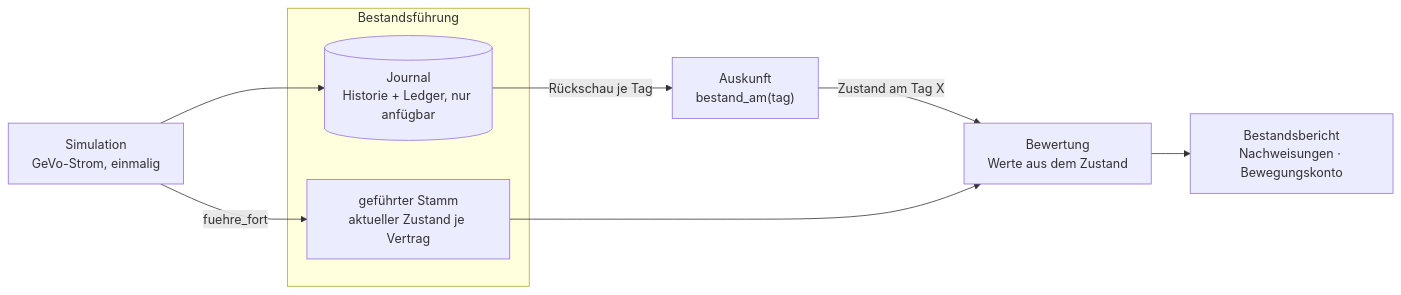
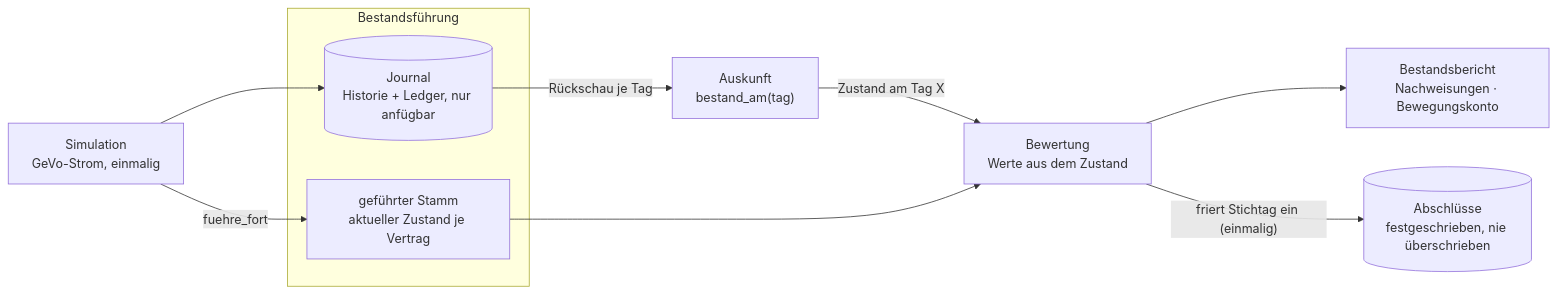
The second of 2 diagrams in README.md (bartlmac/rechner-pipeline), drawn with Mermaid before and after one commit. The commit also changed other lines of this file and 9 other files, not shown here.

````diff
--- a/README.md
+++ b/README.md
@@ -254,24 +258,26 @@
 ```mermaid
 flowchart LR
     SIM["Simulation
 GeVo-Strom, einmalig"]
     subgraph BF["Bestandsführung"]
         STAMM["geführter Stamm
 aktueller Zustand je Vertrag"]
         JOURNAL[("Journal
 Historie + Ledger, nur anfügbar")]
     end
     AUSKUNFT["Auskunft
 bestand_am(tag)"]
     BEW["Bewertung
 Werte aus dem Zustand"]
     BERICHT["Bestandsbericht
 Nachweisungen · Bewegungskonto"]
 
     SIM -- "fuehre_fort" --> STAMM
     SIM --> JOURNAL
     JOURNAL -- "Rückschau je Tag" --> AUSKUNFT
     AUSKUNFT -- "Zustand am Tag X" --> BEW
     STAMM --> BEW
     BEW --> BERICHT
+    BEW -- "friert Stichtag ein (einmalig)" --> ABSCHLUSS[("Abschlüsse
+festgeschrieben, nie überschrieben")]
 ```
````
